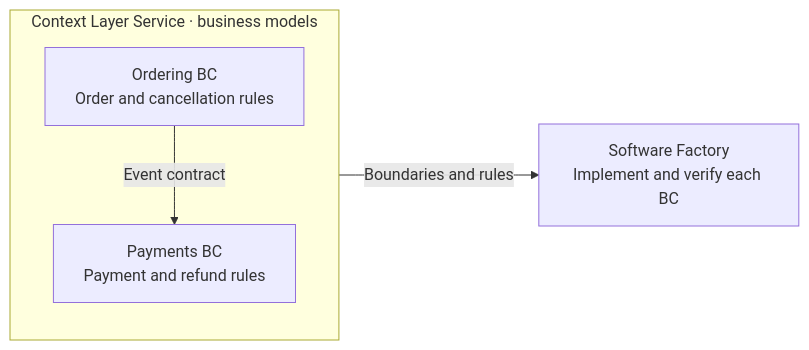
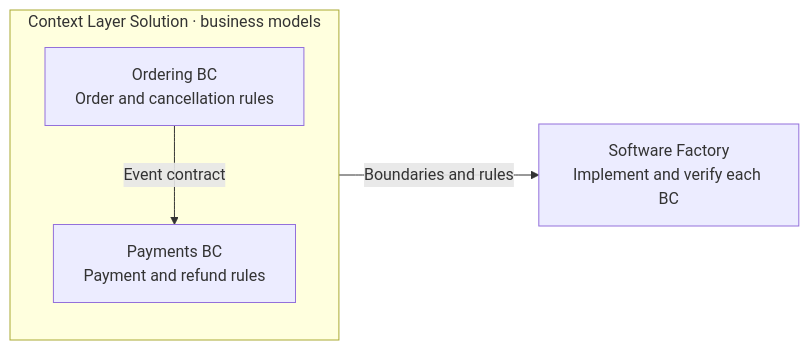
Before and after one commit to haandol/haandol.github.com: the second of 6 diagrams in _en/2026-11-05-enterprise-wide-ax-essentials.md, drawn with Mermaid. The commit also changed other lines of this file and 2 other files, not shown here.

````diff
--- a/_en/2026-11-05-enterprise-wide-ax-essentials.md
+++ b/_en/2026-11-05-enterprise-wide-ax-essentials.md
@@ -81,7 +81,7 @@
 ```mermaid
 flowchart LR
-  subgraph K["Context Layer Service · business models"]
+  subgraph K["Context Layer Solution · business models"]
     O["Ordering BC<br/>Order and cancellation rules"] -->|"Event contract"| P["Payments BC<br/>Payment and refund rules"]
   end
   K -->|"Boundaries and rules"| F["Software Factory<br/>Implement and verify each BC"]
 ```
````
